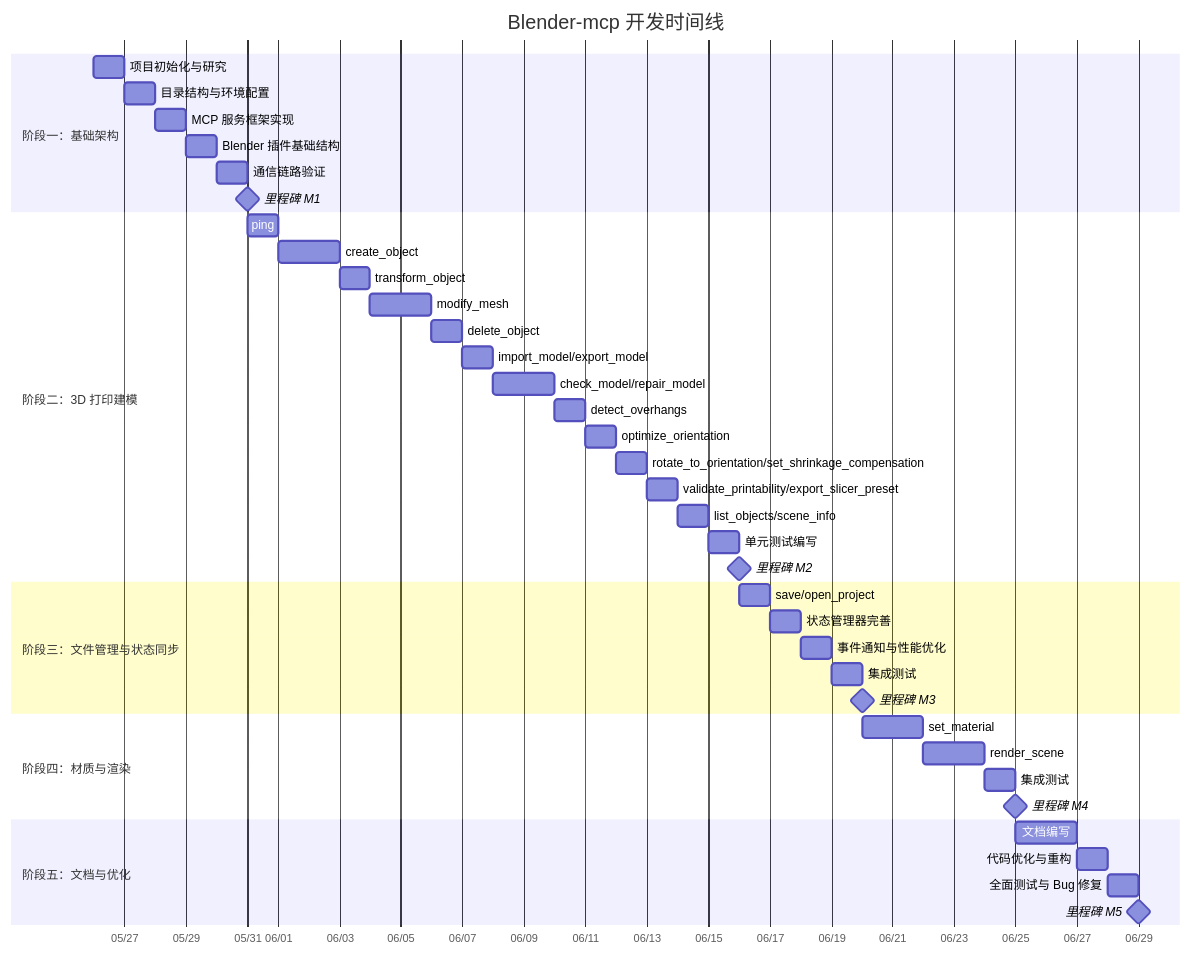
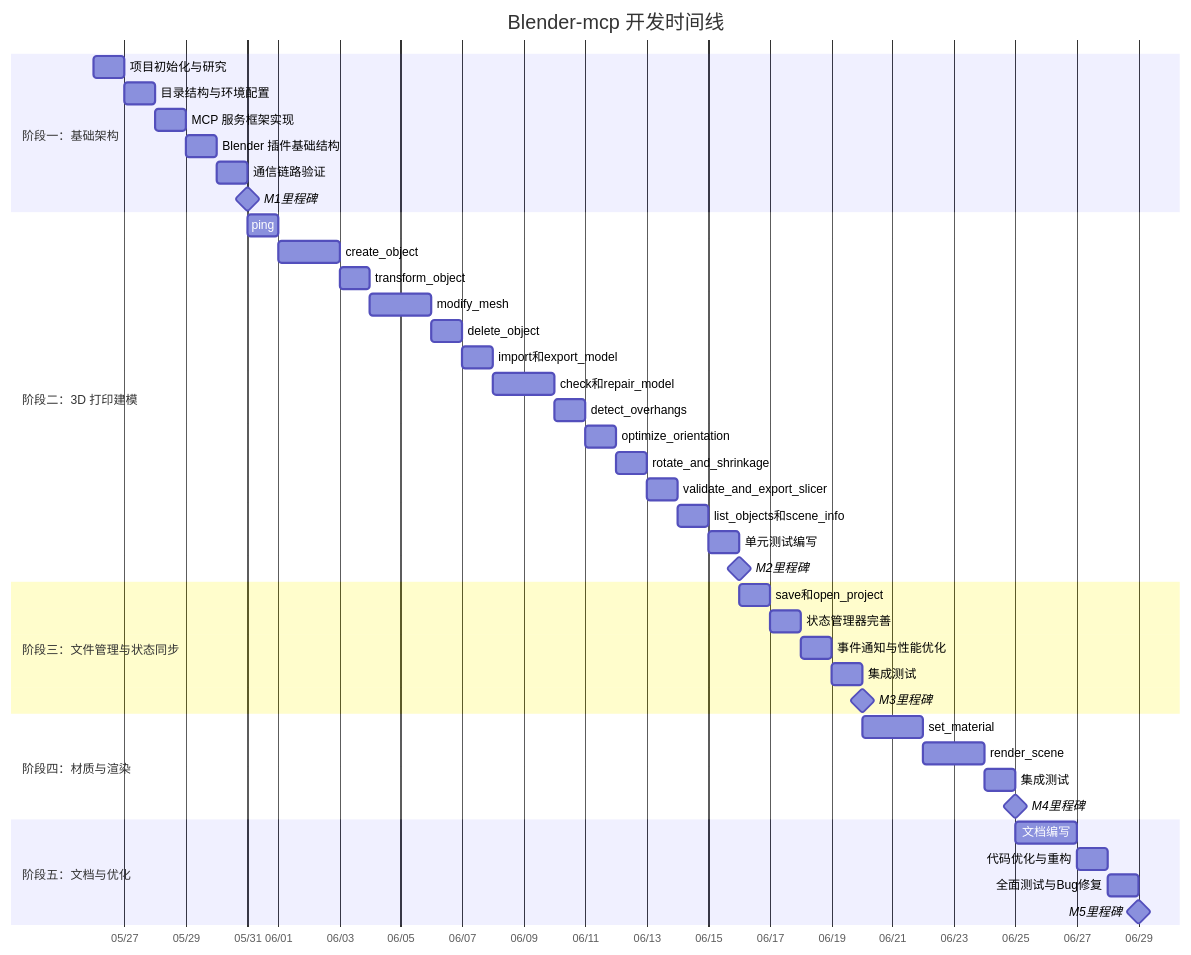
The first of 2 diagrams in 开发计划.md (xjdxjd/Blender-MCP), drawn with Mermaid before and after one commit. The commit also changed other lines of this file, not shown here.

Commit message:
feat: 开发Blender-mcp客户端

````diff
--- a/开发计划.md
+++ b/开发计划.md
@@ -38,50 +38,49 @@
 ```mermaid
 gantt
     title Blender-mcp 开发时间线
     dateFormat  YYYY-MM-DD
     axisFormat  %m/%d
-    tickInterval 2day
 
     section 阶段一：基础架构
-    项目初始化与研究          :a1, 2026-05-26, 1d
-    目录结构与环境配置        :a2, after a1, 1d
-    MCP 服务框架实现          :a3, after a2, 1d
-    Blender 插件基础结构      :a4, after a3, 1d
-    通信链路验证              :a5, after a4, 1d
-    里程碑 M1                 :milestone, after a5, 0d
+    项目初始化与研究           :a1, 2026-05-26, 1d
+    目录结构与环境配置         :a2, after a1, 1d
+    MCP 服务框架实现           :a3, after a2, 1d
+    Blender 插件基础结构       :a4, after a3, 1d
+    通信链路验证               :a5, after a4, 1d
+    M1里程碑                   :milestone, after a5, 0d
 
     section 阶段二：3D 打印建模
-    ping                      :b0, after a5, 0.5d
-    create_object             :b1, after b0, 1.5d
-    transform_object          :b2, after b1, 0.5d
-    modify_mesh               :b3, after b2, 1.5d
-    delete_object             :b4, after b3, 0.5d
-    import_model/export_model :b5, after b4, 1d
-    check_model/repair_model  :b6, after b5, 1.5d
-    detect_overhangs          :b7, after b6, 1d
-    optimize_orientation       :b8, after b7, 1d
-    rotate_to_orientation/set_shrinkage_compensation :b9, after b8, 0.5d
-    validate_printability/export_slicer_preset :b10, after b9, 1d
-    list_objects/scene_info   :b11, after b10, 0.5d
-    单元测试编写              :b12, after b11, 1d
-    里程碑 M2                 :milestone, after b12, 0d
+    ping                        :b0, after a5, 0.5d
+    create_object               :b1, after b0, 1.5d
+    transform_object            :b2, after b1, 0.5d
+    modify_mesh                 :b3, after b2, 1.5d
+    delete_object               :b4, after b3, 0.5d
+    import和export_model        :b5, after b4, 1d
+    check和repair_model        :b6, after b5, 1.5d
+    detect_overhangs            :b7, after b6, 1d
+    optimize_orientation        :b8, after b7, 1d
+    rotate_and_shrinkage        :b9, after b8, 0.5d
+    validate_and_export_slicer  :b10, after b9, 1d
+    list_objects和scene_info    :b11, after b10, 0.5d
+    单元测试编写                :b12, after b11, 1d
+    M2里程碑                    :milestone, after b12, 0d
 
     section 阶段三：文件管理与状态同步
-    save/open_project         :c1, after b12, 1d
-    状态管理器完善            :c2, after c1, 1d
-    事件通知与性能优化        :c3, after c2, 1d
-    集成测试                  :c4, after c3, 1d
-    里程碑 M3                 :milestone, after c4, 0d
+    save和open_project         :c1, after b12, 1d
+    状态管理器完善              :c2, after c1, 1d
+    事件通知与性能优化          :c3, after c2, 1d
+    集成测试                    :c4, after c3, 1d
+    M3里程碑                    :milestone, after c4, 0d
 
     section 阶段四：材质与渲染
-    set_material              :d1, after c4, 1.5d
-    render_scene              :d2, after d1, 1.5d
-    集成测试                  :d3, after d2, 1d
-    里程碑 M4                 :milestone, after d3, 0d
+    set_material               :d1, after c4, 1.5d
+    render_scene               :d2, after d1, 1.5d
+    集成测试                    :d3, after d2, 1d
+    M4里程碑                    :milestone, after d3, 0d
 
     section 阶段五：文档与优化
-    文档编写                  :e1, after d3, 1.5d
-    代码优化与重构            :e2, after e1, 0.5d
-    全面测试与 Bug 修复       :e3, after e2, 1d
-    里程碑 M5                 :milestone, after e3, 0d
+    文档编写                   :e1, after d3, 1.5d
+    代码优化与重构              :e2, after e1, 0.5d
+    全面测试与Bug修复           :e3, after e2, 1d
+    M5里程碑                    :milestone, after e3, 0d
 ```
````
